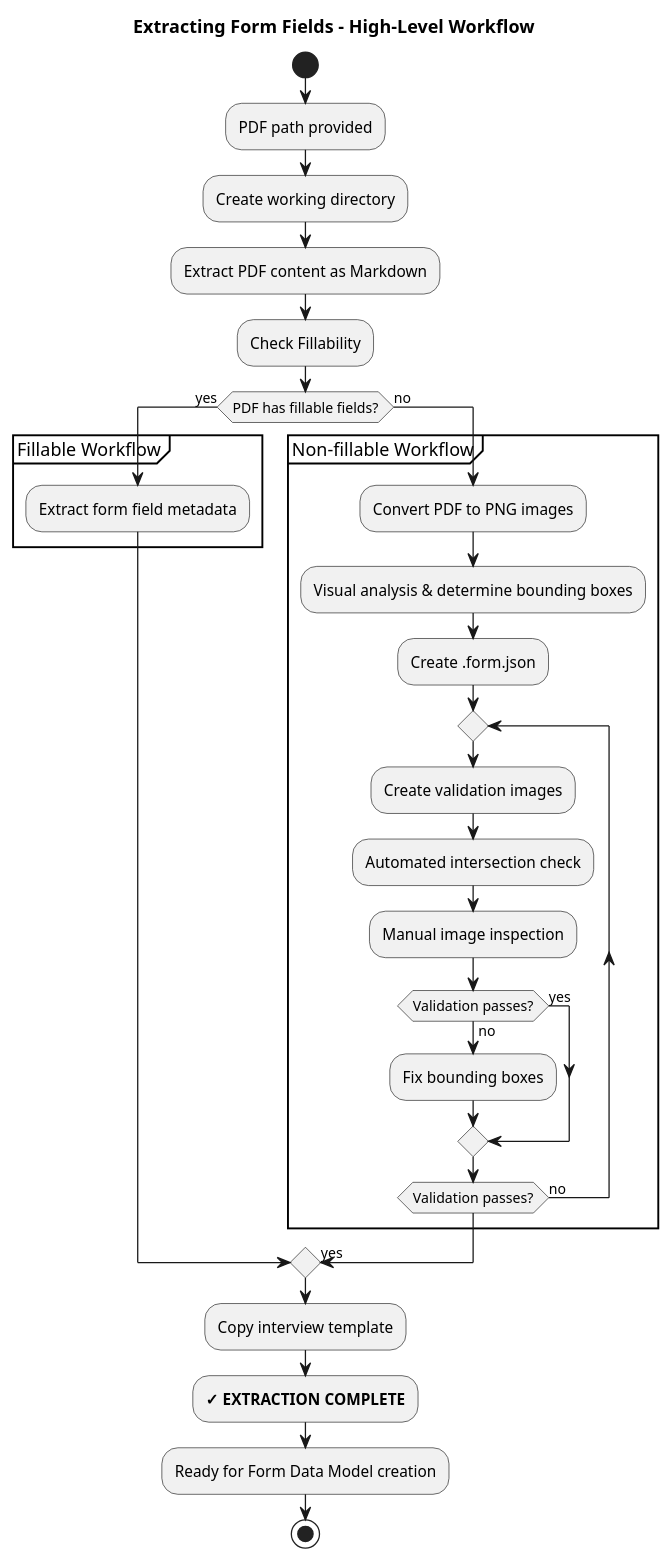
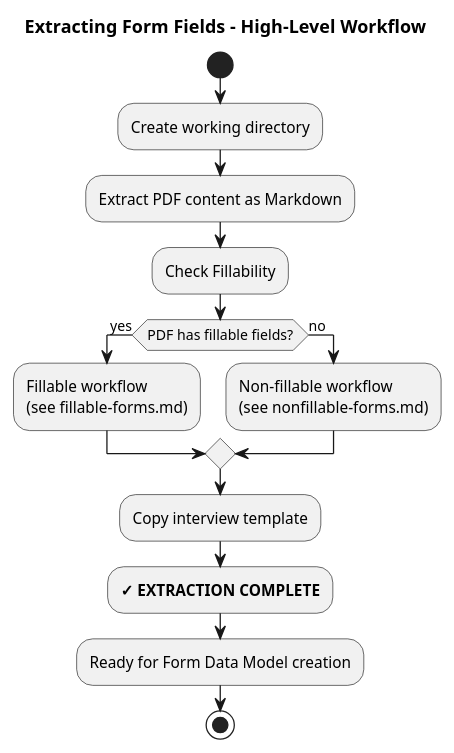
The diagram in Claude/filling-pdf-forms/skills/extracting-form-fields/SKILL.md (jhs/Chatfield), drawn with PlantUML before and after one commit.

Commit message:
Simplify the workflow

````diff
--- a/Claude/filling-pdf-forms/skills/extracting-form-fields/SKILL.md
+++ b/Claude/filling-pdf-forms/skills/extracting-form-fields/SKILL.md
@@ -26,35 +26,20 @@
 ```plantuml
 @startuml SKILL
 title Extracting Form Fields - High-Level Workflow
 start
-:PDF path provided;
 :Create working directory;
 :Extract PDF content as Markdown;
 :Check Fillability;
 if (PDF has fillable fields?) then (yes)
-  partition "Fillable Workflow" {
-    :Extract form field metadata;
-  }
+  :Fillable workflow
+  (see fillable-forms.md);
 else (no)
-  partition "Non-fillable Workflow" {
-    :Convert PDF to PNG images;
-    :Visual analysis & determine bounding boxes;
-    :Create .form.json;
-    repeat
-      :Create validation images;
-      :Automated intersection check;
-      :Manual image inspection;
-      if (Validation passes?) then (yes)
-      else (no)
-        :Fix bounding boxes;
-      endif
-    repeat while (Validation passes?) is (no)
-    ->yes;
-  }
+  :Non-fillable workflow
+  (see nonfillable-forms.md);
 endif
 :Copy interview template;
 :**✓ EXTRACTION COMPLETE**;
 :Ready for Form Data Model creation;
 stop
 @enduml
 ```
````
